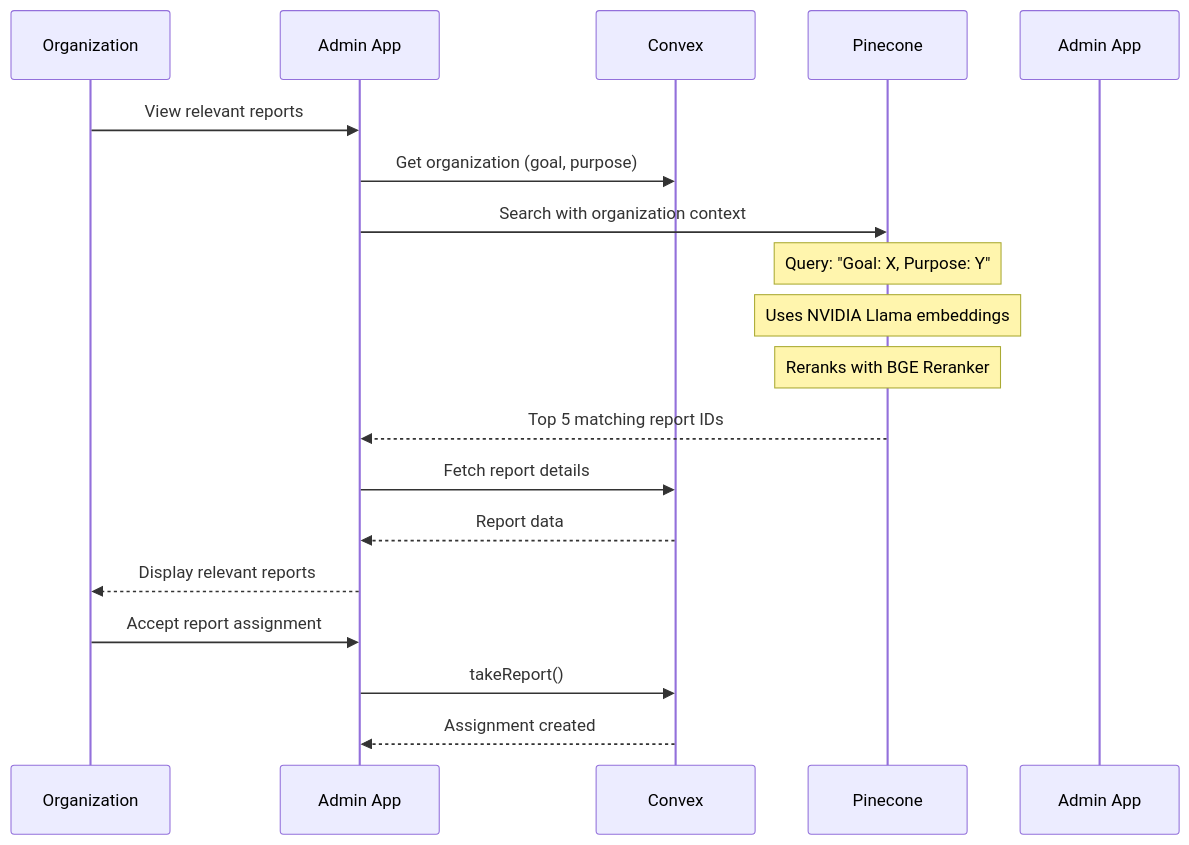
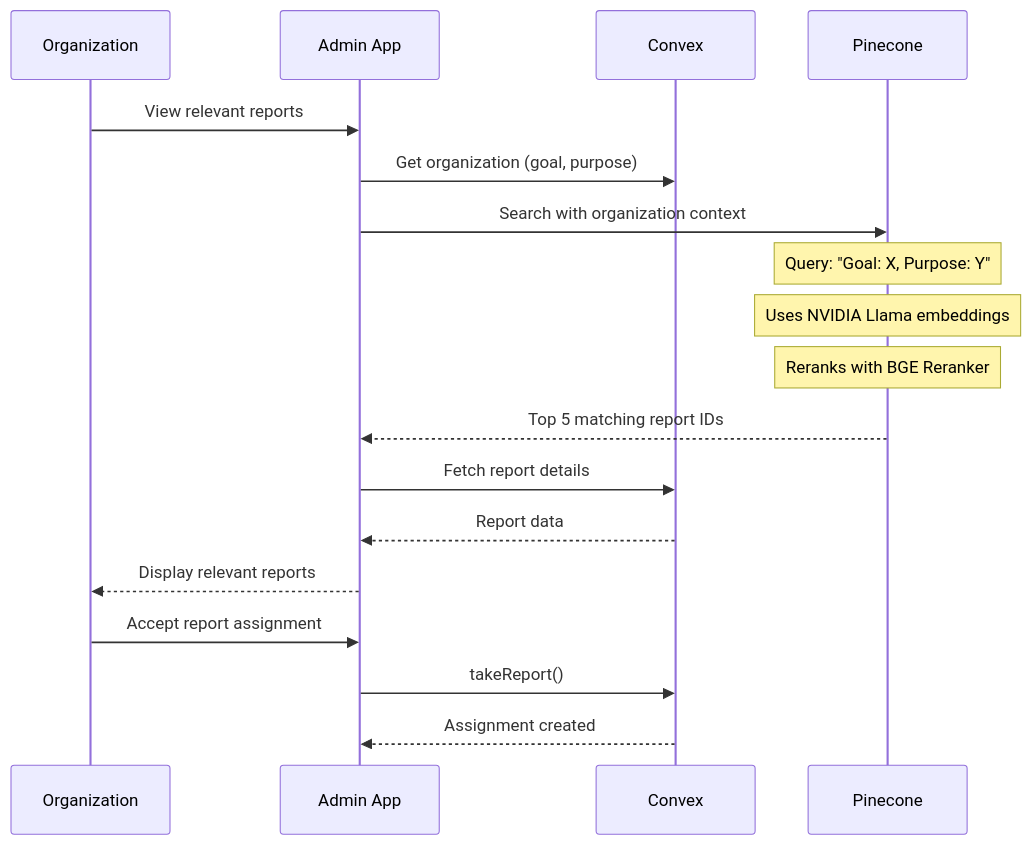
Before and after one commit to nilavtalukdar06/urban-watch: the fifth of 7 diagrams in README.md, drawn with Mermaid. The commit also changed other lines of this file and 1 other file, not shown here.

````diff
--- a/README.md
+++ b/README.md
@@ -265,22 +309,21 @@
 ```mermaid
 sequenceDiagram
     participant O as Organization
     participant Ad as Admin App
     participant Cx as Convex
     participant P as Pinecone
-    participant Ad2 as Admin App
 
     O->>Ad: View relevant reports
     Ad->>Cx: Get organization (goal, purpose)
     Ad->>P: Search with organization context
     Note over P: Query: "Goal: X, Purpose: Y"
     Note over P: Uses NVIDIA Llama embeddings
     Note over P: Reranks with BGE Reranker
     P-->>Ad: Top 5 matching report IDs
     Ad->>Cx: Fetch report details
     Cx-->>Ad: Report data
     Ad-->>O: Display relevant reports
     O->>Ad: Accept report assignment
     Ad->>Cx: takeReport()
     Cx-->>Ad: Assignment created
 ```
````
